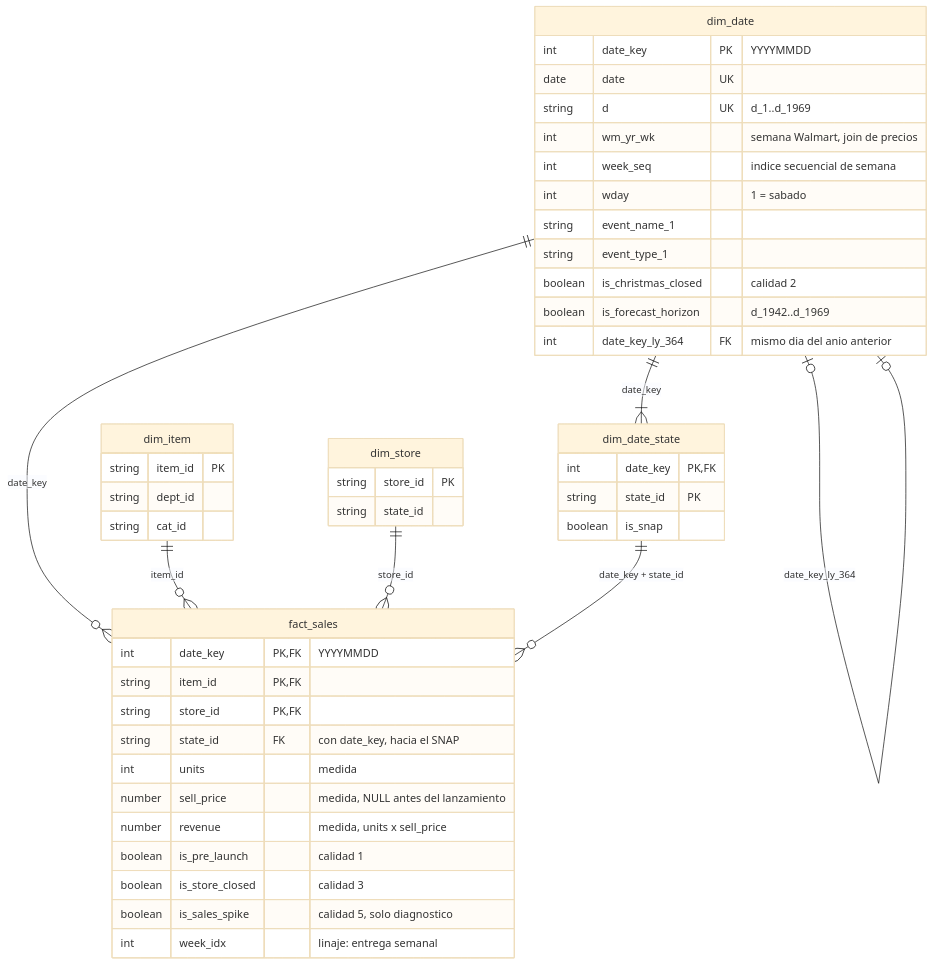
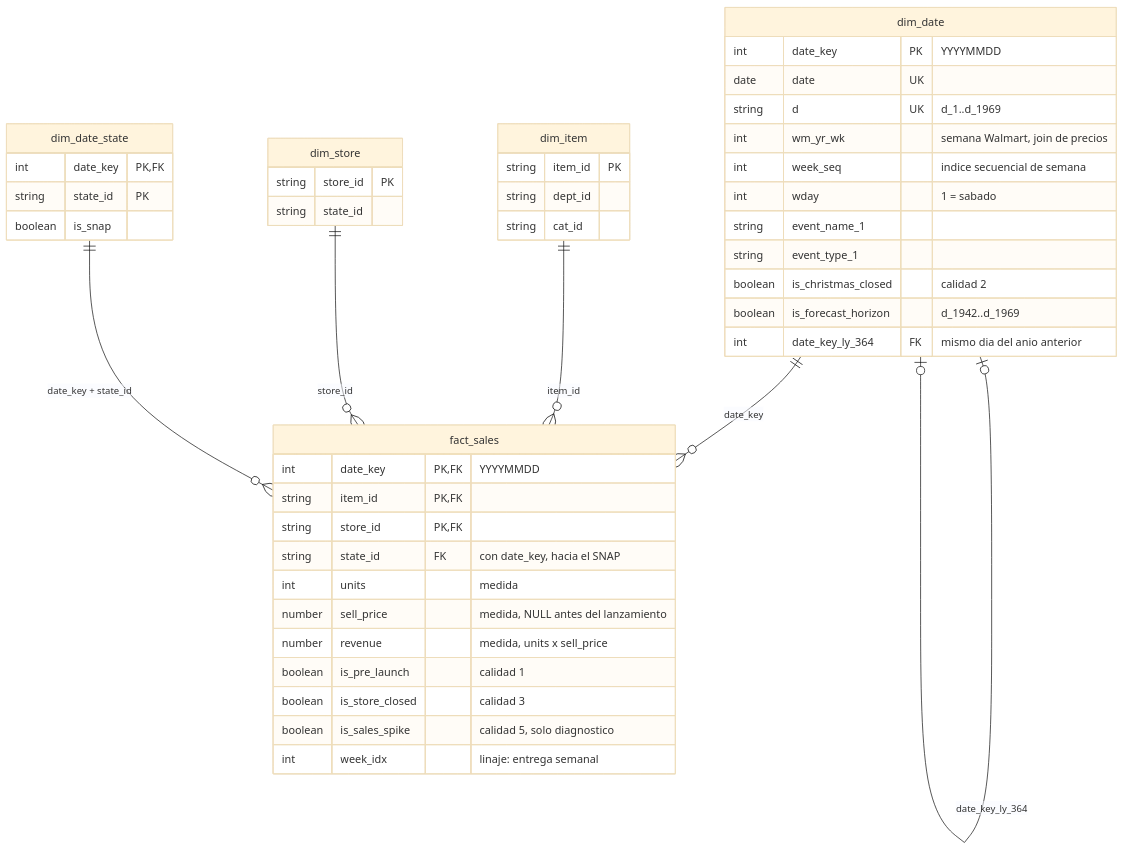
The diagram in README.md (rosvjames/M5_forecast_pipeline), drawn with Mermaid (base theme) before and after one commit. The commit also changed other lines of this file and 4 other files, not shown here.

Commit message:
Diagramas implementados al README

````diff
--- a/README.md
+++ b/README.md
@@ -24,50 +28,49 @@
 ```mermaid
 erDiagram
     dim_date       ||--o{ fact_sales     : "date_key"
     dim_item       ||--o{ fact_sales     : "item_id"
     dim_store      ||--o{ fact_sales     : "store_id"
     dim_date_state ||--o{ fact_sales     : "date_key + state_id"
-    dim_date       ||--|{ dim_date_state : "date_key"
     dim_date       |o--o| dim_date       : "date_key_ly_364"
 
     fact_sales {
         int date_key PK,FK "YYYYMMDD"
         string item_id PK,FK
         string store_id PK,FK
         string state_id FK "con date_key, hacia el SNAP"
         int units "medida"
         number sell_price "medida, NULL antes del lanzamiento"
         number revenue "medida, units x sell_price"
         boolean is_pre_launch "calidad 1"
         boolean is_store_closed "calidad 3"
         boolean is_sales_spike "calidad 5, solo diagnostico"
         int week_idx "linaje: entrega semanal"
     }
     dim_date {
         int date_key PK "YYYYMMDD"
         date date UK
         string d UK "d_1..d_1969"
         int wm_yr_wk "semana Walmart, join de precios"
         int week_seq "indice secuencial de semana"
         int wday "1 = sabado"
         string event_name_1
         string event_type_1
         boolean is_christmas_closed "calidad 2"
         boolean is_forecast_horizon "d_1942..d_1969"
         int date_key_ly_364 FK "mismo dia del anio anterior"
     }
     dim_item {
         string item_id PK
         string dept_id
         string cat_id
     }
     dim_store {
         string store_id PK
         string state_id
     }
     dim_date_state {
         int date_key PK,FK
         string state_id PK
         boolean is_snap
     }
 ```
````
